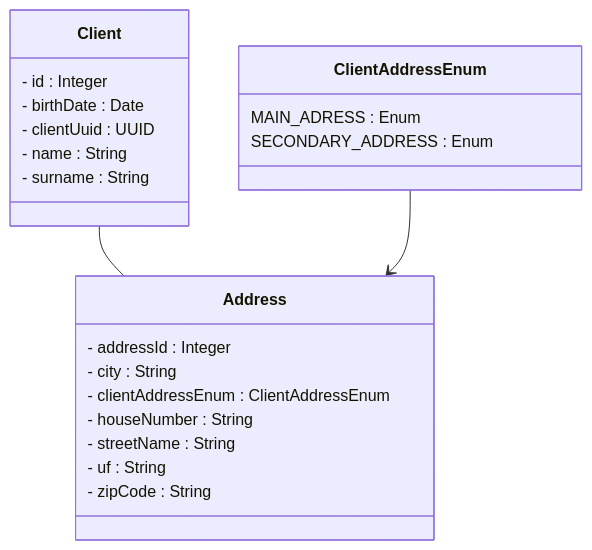
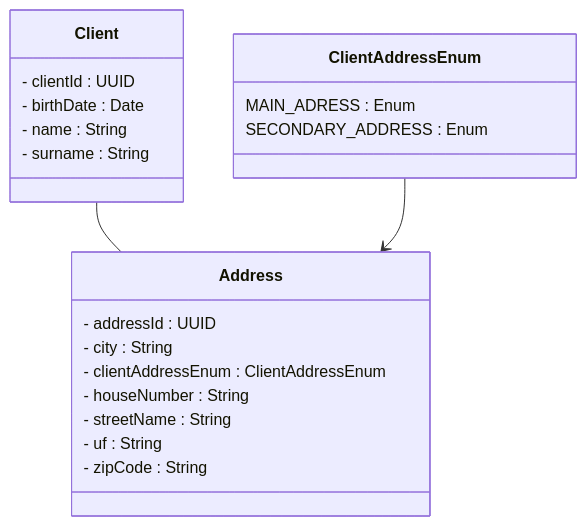
Before and after one commit to gabrielguidini/attus-procuradoria: the diagram in README.md, drawn with Mermaid. The commit also changed other lines of this file and 8 other files, not shown here.

````diff
--- a/README.md
+++ b/README.md
@@ -9,26 +13,25 @@
 ```mermaid
 classDiagram
     class Client{
-        - id : Integer
+        - clientId : UUID
         - birthDate : Date
-        - clientUuid : UUID
         - name : String
         - surname : String
     }
     class Address{
-        - addressId : Integer
+        - addressId : UUID
         - city : String
         - clientAddressEnum : ClientAddressEnum
         - houseNumber : String
         - streetName : String
         - uf : String
         - zipCode : String
     }
     class ClientAddressEnum{
         MAIN_ADRESS : Enum
         SECONDARY_ADDRESS : Enum
     }
 
     Client -- Address
     ClientAddressEnum --> Address
 ```
````
